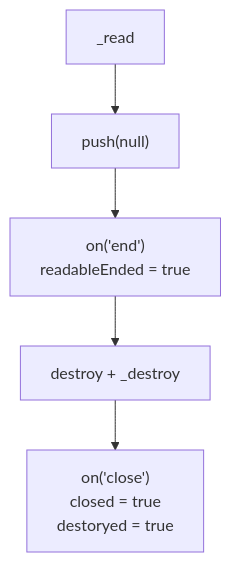
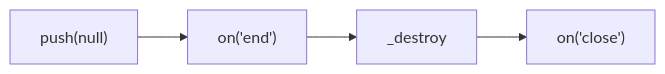
One commit to samuel871211/yusheng-tech-blog changed the third of 3 diagrams in docs/nodejs/stream-readable-1.md. Above: the diagram before and after it, drawn with Mermaid. The commit also changed other lines of this file and 3 other files, not shown here.

````diff
--- a/docs/nodejs/stream-readable-1.md
+++ b/docs/nodejs/stream-readable-1.md
@@ -256,7 +256,6 @@
 ```mermaid
-flowchart TD
-    A[_read] --> B["push(null)"]
-    B --> C["on('end')<br/>readableEnded = true"]
-    C --> D[destroy + _destroy]
-    D --> E["on('close')<br/>closed = true<br/>destoryed = true"]
+flowchart LR
+    A["push(null)"] --> B["on('end')"]
+    B --> D[_destroy]
+    D --> E["on('close')"]
 ```
````
